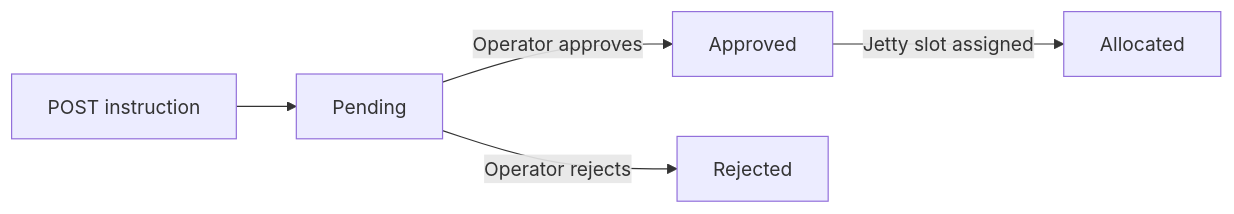
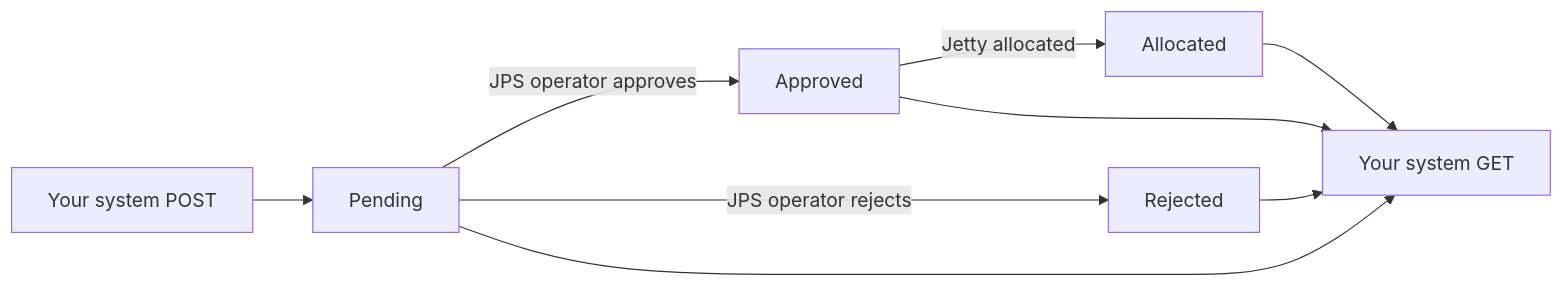
One commit to dwsitproject-hub/Jetty-Planning-System changed the diagram in Docs/Guide/INBOUND-SHIPPING-INSTRUCTION-PARTNER-API.md. Above: the diagram before and after it, drawn with Mermaid. The commit also changed other lines of this file and 7 other files, not shown here.

````diff
--- a/Docs/Guide/INBOUND-SHIPPING-INSTRUCTION-PARTNER-API.md
+++ b/Docs/Guide/INBOUND-SHIPPING-INSTRUCTION-PARTNER-API.md
@@ -19,7 +21,11 @@
 ```mermaid
 flowchart LR
-    submitSI[POST instruction] --> pendingState[Pending]
-    pendingState -->|Operator approves| approvedState[Approved]
-    pendingState -->|Operator rejects| rejectedState[Rejected]
-    approvedState -->|Jetty slot assigned| allocatedState[Allocated]
+    yourSystem[Your system POST] --> pendingState[Pending]
+    pendingState -->|JPS operator approves| approvedState[Approved]
+    pendingState -->|JPS operator rejects| rejectedState[Rejected]
+    approvedState -->|Jetty allocated| allocatedState[Allocated]
+    allocatedState --> yourPoll[Your system GET]
+    approvedState --> yourPoll
+    rejectedState --> yourPoll
+    pendingState --> yourPoll
 ```
````
